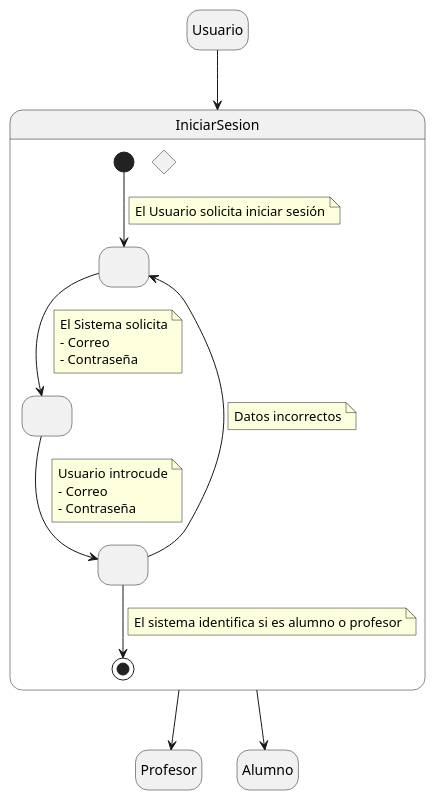
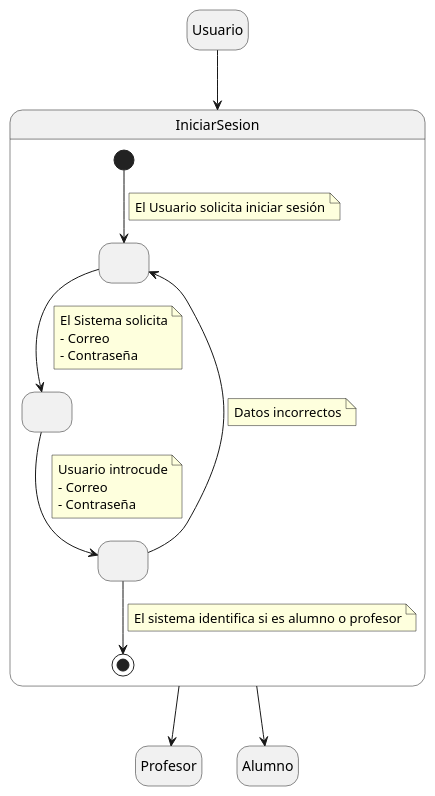
Before and after one commit to mmasias/24-25-IdSw1-SDR: the diagram in Documentos/DetallarCasosDeUso/IniciarSesion.puml, drawn with PlantUML. The commit also changed 1 other file, not shown here.

Commit message:
Enlaces e inciar sesion

```diff
--- a/Documentos/DetallarCasosDeUso/IniciarSesion.puml
+++ b/Documentos/DetallarCasosDeUso/IniciarSesion.puml
@@ -1,46 +1,45 @@
-@startuml
+@startuml IniciarSesion
 
 hide empty description
 
 state Usuario
 state IniciarSesion{
     state " " as Estado1
-state " " as Estado2
-state " " as Estado3
+    state " " as Estado2
+    state " " as Estado3
 
-[*] --> Estado1
+    [*] --> Estado1
     note on link
         El Usuario solicita iniciar sesión
     end note
-Estado1 --> Estado2
+    Estado1 --> Estado2
     note on link
         El Sistema solicita
         - Correo
         - Contraseña
     end note
     Estado2 --> Estado3
     note on link
         Usuario introcude
         - Correo
         - Contraseña
     end note
-state rombo <<choice>>
-        Estado3 --> [*]
+    Estado3 --> [*]
     note on link
         El sistema identifica si es alumno o profesor
     end note
 
-        Estado3 --> Estado1
+    Estado3 --> Estado1
     note on link
         Datos incorrectos
     end note
 }
 state Profesor
 state Alumno
 
 
 Usuario --> IniciarSesion
 IniciarSesion --> Profesor
 IniciarSesion --> Alumno
 
 @enduml
```
